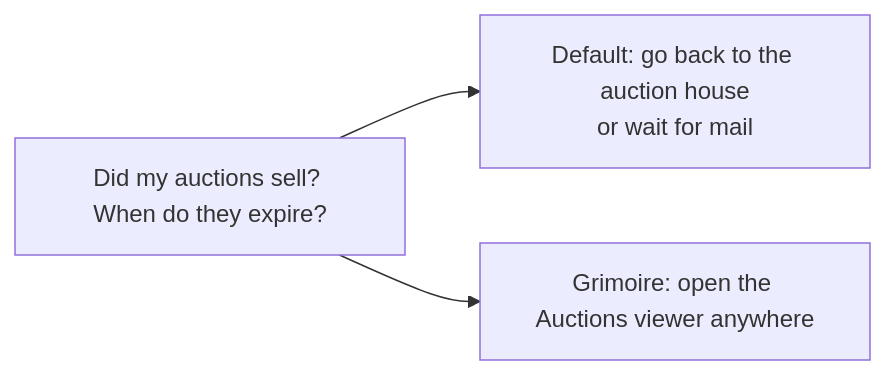
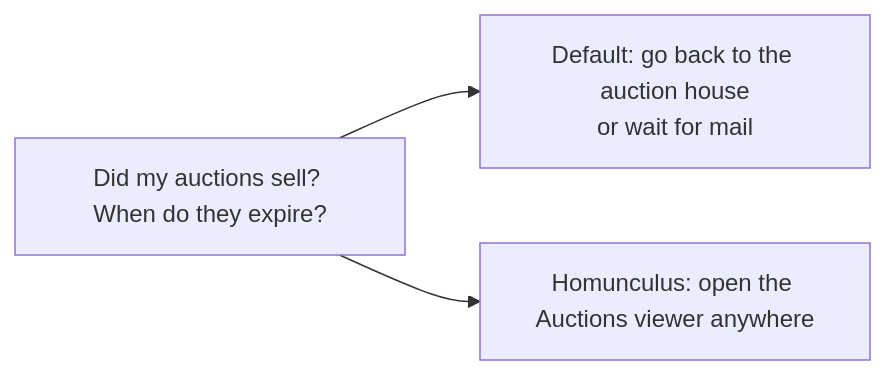
One commit to PhillypHenning/grimoire changed the first of 3 diagrams in docs/features/auctions/README.md. Above: the diagram before and after it, drawn with Mermaid. The commit also changed other lines of this file and 178 other files, not shown here.

First line of the commit message:
Rename the suite from Grimoire to Homunculus (ADR 0010)

````diff
--- a/docs/features/auctions/README.md
+++ b/docs/features/auctions/README.md
@@ -14,5 +14,5 @@
 ```mermaid
 flowchart LR
     Q["Did my auctions sell? When do they expire?"] --> D["Default: go back to the auction house<br/>or wait for mail"]
-    Q --> G["Grimoire: open the Auctions viewer anywhere"]
+    Q --> G["Homunculus: open the Auctions viewer anywhere"]
 ```
````
